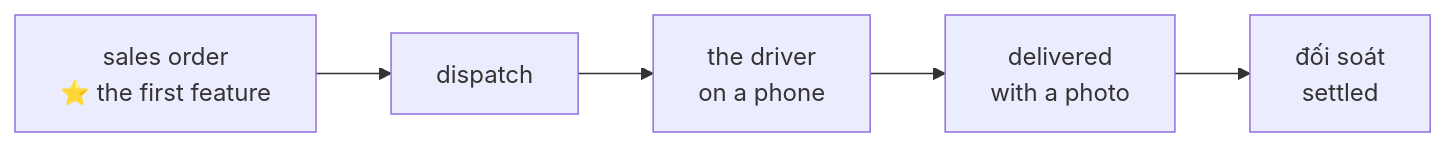
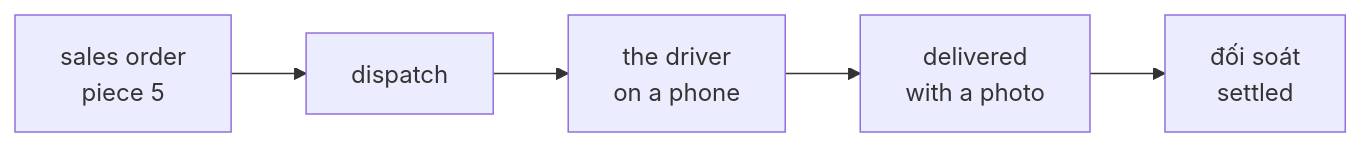
The diagram in docs/plans/2026-10-27-big-picture.md (ancJ29/credo), drawn with Mermaid before and after one commit. The commit also changed other lines of this file and 1 other file, not shown here.

First line of the commit message:
docs(plan): the app frame re-planned as piece 1, client config and login

````diff
--- a/docs/plans/2026-10-27-big-picture.md
+++ b/docs/plans/2026-10-27-big-picture.md
@@ -17,7 +17,7 @@
 ```mermaid
 flowchart LR
-  order["sales order<br/>⭐ the first feature"] --> dispatch["dispatch"]
+  order["sales order<br/>piece 5"] --> dispatch["dispatch"]
   dispatch --> driver["the driver<br/>on a phone"]
   driver --> delivered["delivered<br/>with a photo"]
   delivered --> settled["đối soát<br/>settled"]
 ```
````
